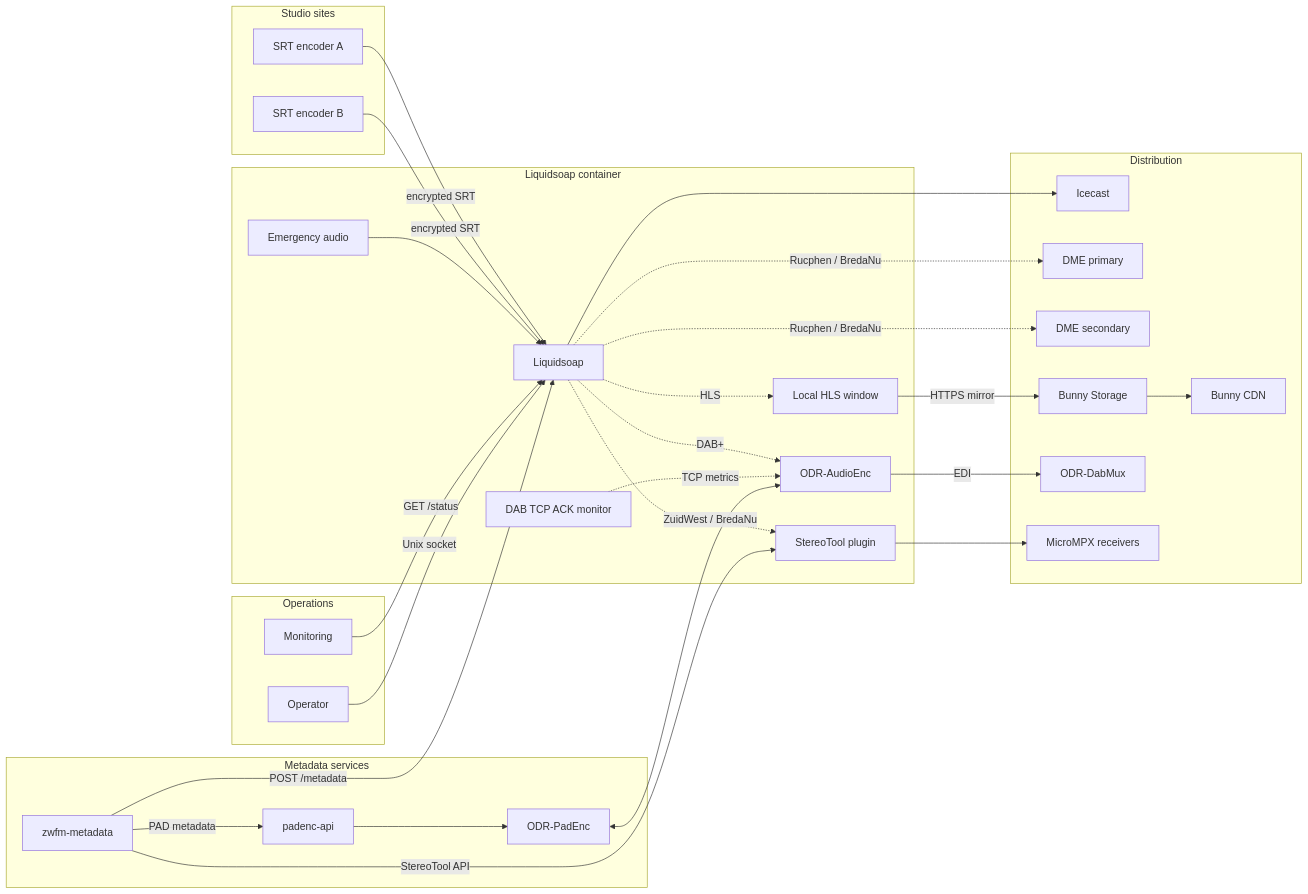
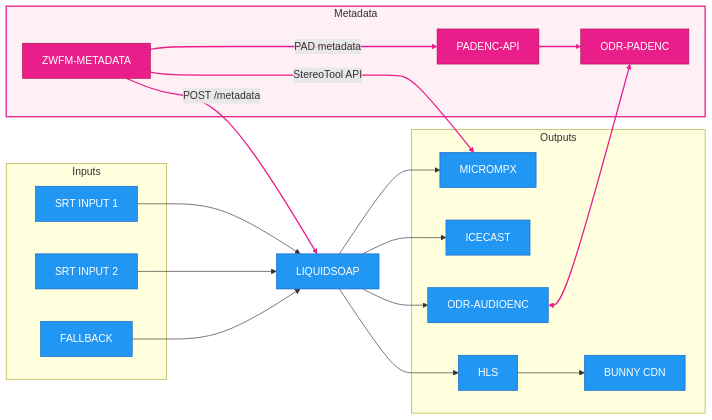
One commit to oszuidwest/zwfm-liquidsoap changed the diagram in README.md. Above: the diagram before and after it, drawn with Mermaid.

Commit message:
docs: restore compact architecture diagram

````diff
--- a/README.md
+++ b/README.md
@@ -13,59 +13,48 @@
 ```mermaid
 flowchart LR
-    subgraph studio [Studio sites]
-        ENCODER1[SRT encoder A]
-        ENCODER2[SRT encoder B]
+    subgraph inputs [" Inputs "]
+        SRT1["SRT INPUT 1"]
+        SRT2["SRT INPUT 2"]
+        FALLBACK["FALLBACK"]
     end
 
-    subgraph container [Liquidsoap container]
-        FALLBACK[Emergency audio]
-        LIQUIDSOAP[Liquidsoap]
-        HLSFILES[Local HLS window]
-        STEREOTOOL[StereoTool plugin]
-        AUDIOENC[ODR-AudioEnc]
-        ACKMON[DAB TCP ACK monitor]
+    LIQUIDSOAP["LIQUIDSOAP"]
+
+    subgraph outputs [" Outputs "]
+        MICROMPX["MICROMPX"]
+        ICECAST["ICECAST"]
+        HLS["HLS"]
+        BUNNY["BUNNY CDN"]
+        ODR["ODR-AUDIOENC"]
     end
 
-    subgraph distribution [Distribution]
-        ICECAST[Icecast]
-        DME1[DME primary]
-        DME2[DME secondary]
-        STORAGE[Bunny Storage]
-        BUNNY[Bunny CDN]
-        DABMUX[ODR-DabMux]
-        MICROMPX[MicroMPX receivers]
+    subgraph metadata [" Metadata "]
+        PADENC["ODR-PADENC"]
+        PADAPI["PADENC-API"]
+        ZWFM["ZWFM-METADATA"]
     end
 
-    subgraph metadata [Metadata services]
-        ZWFM[zwfm-metadata]
-        PADAPI[padenc-api]
-        PADENC[ODR-PadEnc]
-    end
+    SRT1 --> LIQUIDSOAP
+    SRT2 --> LIQUIDSOAP
+    FALLBACK --> LIQUIDSOAP
 
-    subgraph operations [Operations]
-        MONITOR[Monitoring]
-        OPERATOR[Operator]
-    end
+    LIQUIDSOAP --> MICROMPX
+    LIQUIDSOAP --> ICECAST
+    LIQUIDSOAP --> HLS
+    HLS --> BUNNY
+    LIQUIDSOAP --> ODR
 
-    ENCODER1 -->|encrypted SRT| LIQUIDSOAP
-    ENCODER2 -->|encrypted SRT| LIQUIDSOAP
-    FALLBACK --> LIQUIDSOAP
-    LIQUIDSOAP --> ICECAST
-    LIQUIDSOAP -. Rucphen / BredaNu .-> DME1
-    LIQUIDSOAP -. Rucphen / BredaNu .-> DME2
-    LIQUIDSOAP -. HLS .-> HLSFILES
-    HLSFILES -->|HTTPS mirror| STORAGE
-    STORAGE --> BUNNY
-    LIQUIDSOAP -. DAB+ .-> AUDIOENC
-    AUDIOENC -->|EDI| DABMUX
-    ACKMON -. TCP metrics .-> AUDIOENC
-    LIQUIDSOAP -. ZuidWest / BredaNu .-> STEREOTOOL
-    STEREOTOOL --> MICROMPX
+    ODR <--> PADENC
+    PADAPI --> PADENC
     ZWFM -->|POST /metadata| LIQUIDSOAP
     ZWFM -->|PAD metadata| PADAPI
-    PADAPI --> PADENC
-    PADENC <--> AUDIOENC
-    ZWFM -->|StereoTool API| STEREOTOOL
-    MONITOR -->|GET /status| LIQUIDSOAP
-    OPERATOR -->|Unix socket| LIQUIDSOAP
+    ZWFM -->|StereoTool API| MICROMPX
+
+    classDef blue fill:#2196F3,stroke:#1565C0,color:#fff
+    classDef metadataFlow fill:#E91E8A,stroke:#AD1457,color:#fff
+
+    class SRT1,SRT2,FALLBACK,LIQUIDSOAP,MICROMPX,ICECAST,HLS,BUNNY,ODR blue
+    class PADENC,PADAPI,ZWFM metadataFlow
+    style metadata fill:#FFF0F6,stroke:#E91E8A,stroke-width:2px
+    linkStyle 8,9,10,11,12 stroke:#E91E8A,stroke-width:2px
 ```
````
